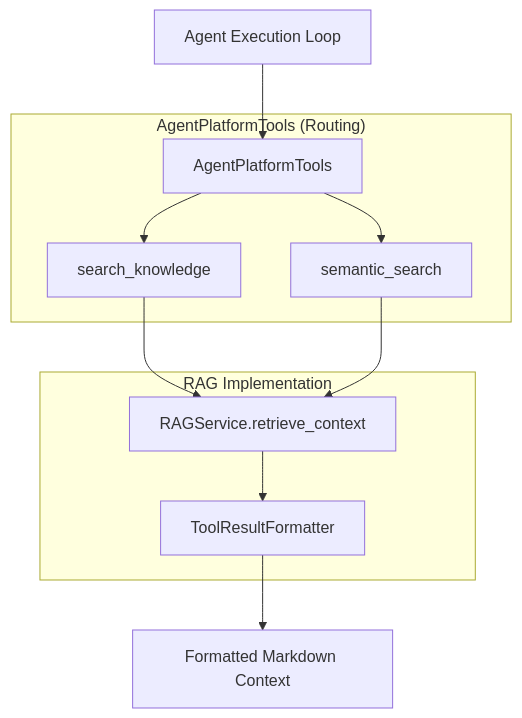
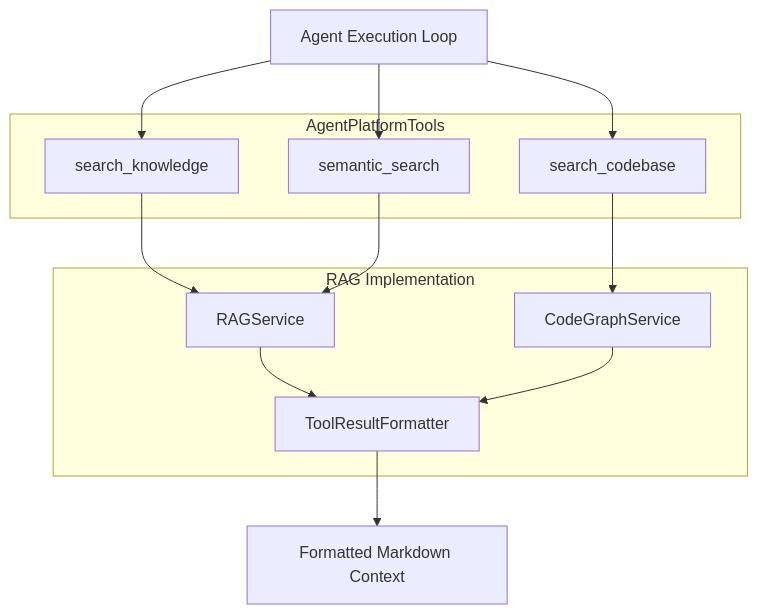
Before and after one commit to AutomatosAI/automatos-ai: the fourth of 4 diagrams in docs/knowledge-base-rag/rag-retrieval-system.md, drawn with Mermaid. The commit also changed other lines of this file and 153 other files, not shown here.

````diff
--- a/docs/knowledge-base-rag/rag-retrieval-system.md
+++ b/docs/knowledge-base-rag/rag-retrieval-system.md
@@ -305,23 +277,26 @@
 ```mermaid
 graph TB
     Agent["Agent Execution Loop"]
     
-    subgraph "AgentPlatformTools (Routing)"
-        APT["AgentPlatformTools"]
+    subgraph "AgentPlatformTools"
         SK["search_knowledge"]
         SS["semantic_search"]
+        SC["search_codebase"]
     end
     
     subgraph "RAG Implementation"
-        RS["RAGService.retrieve_context"]
+        RS["RAGService"]
+        CGS["CodeGraphService"]
         TRF["ToolResultFormatter"]
     end
     
-    Agent --> APT
-    APT --> SK
-    APT --> SS
+    Agent --> SK
+    Agent --> SS
+    Agent --> SC
     SK --> RS
     SS --> RS
+    SC --> CGS
     RS --> TRF
+    CGS --> TRF
     TRF --> Result["Formatted Markdown Context"]
 ```
````
